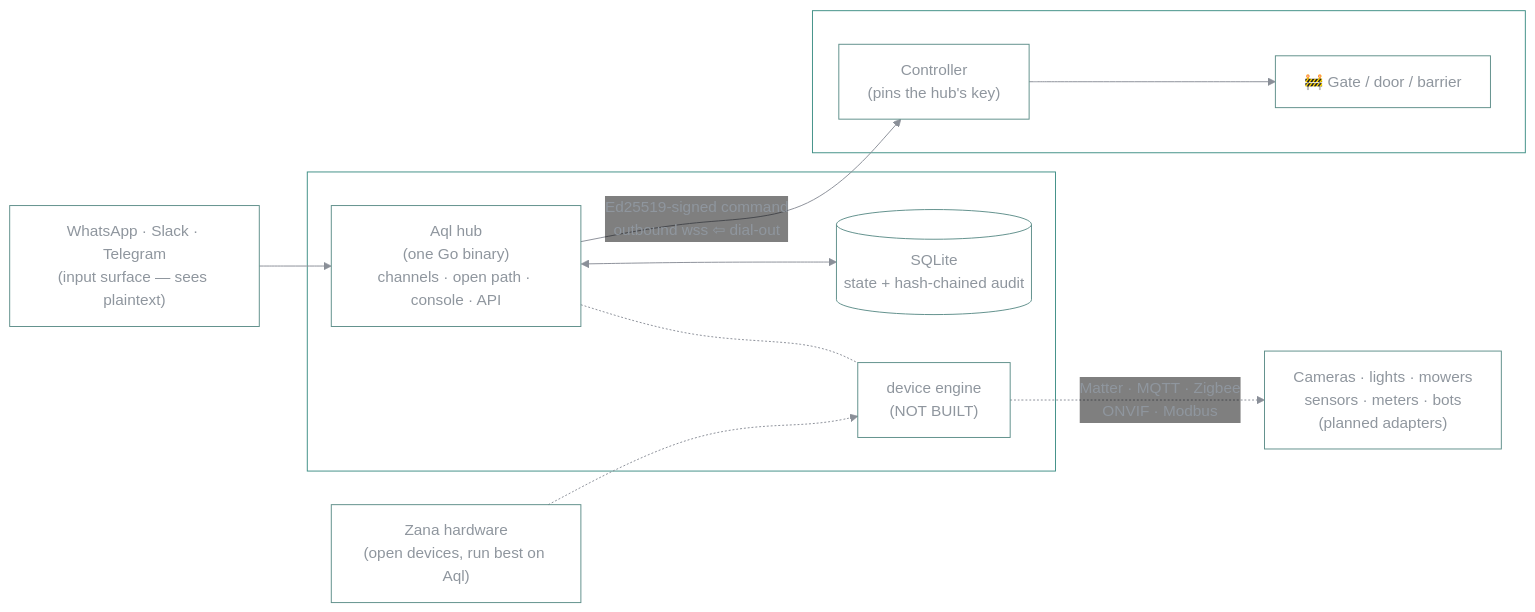
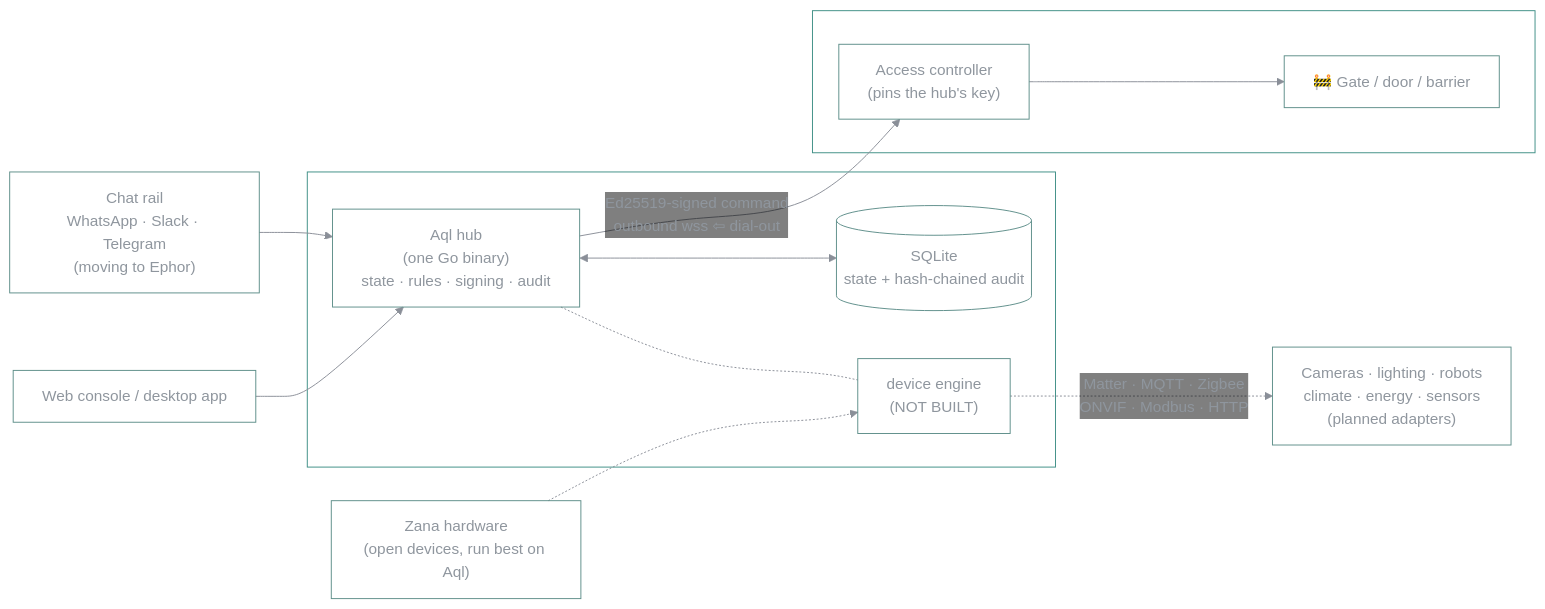
Before and after one commit to vul-os/aql: the diagram in README.md, drawn with Mermaid. The commit also changed other lines of this file and 41 other files, not shown here.

First line of the commit message:
Aql is the product again: console IA, docs and roadmap

````diff
--- a/README.md
+++ b/README.md
@@ -163,23 +214,25 @@
 ```mermaid
 %%{init: {'theme':'base','themeVariables':{'fontFamily':'ui-monospace, SFMono-Regular, Menlo, monospace','primaryColor':'transparent','primaryBorderColor':'#14b8a6','primaryTextColor':'#8f969e','lineColor':'#8a8f98','nodeBorder':'#5f8f8a','edgeLabelBackground':'transparent','clusterBorder':'#3f8f86','clusterBkg':'transparent'}}}%%
 flowchart LR
-    chat["WhatsApp · Slack · Telegram<br/>(input surface — sees plaintext)"]
+    chat["Chat rail<br/>WhatsApp · Slack · Telegram<br/>(moving to Ephor)"]
+    console["Web console / desktop app"]
     subgraph box["your box"]
-        hub["Aql hub<br/>(one Go binary)<br/>channels · open path · console · API"]
+        hub["Aql hub<br/>(one Go binary)<br/>state · rules · signing · audit"]
         db[("SQLite<br/>state + hash-chained audit")]
         eng["device engine<br/>(NOT BUILT)"]
         hub <--> db
         hub -.- eng
     end
-    subgraph gate["at the gate"]
-        ctl["Controller<br/>(pins the hub's key)"]
+    subgraph edge["your devices"]
+        ctl["Access controller<br/>(pins the hub's key)"]
         motor["🚧 Gate / door / barrier"]
         ctl --> motor
     end
-    future["Cameras · lights · mowers<br/>sensors · meters · bots<br/>(planned adapters)"]
+    future["Cameras · lighting · robots<br/>climate · energy · sensors<br/>(planned adapters)"]
     chat --> hub
+    console --> hub
     hub -->|"Ed25519-signed command<br/>outbound wss ⇦ dial-out"| ctl
-    eng -.->|"Matter · MQTT · Zigbee<br/>ONVIF · Modbus"| future
+    eng -.->|"Matter · MQTT · Zigbee<br/>ONVIF · Modbus · HTTP"| future
     zana["Zana hardware<br/>(open devices, run best on Aql)"]
     zana -.-> eng
 ```
````
